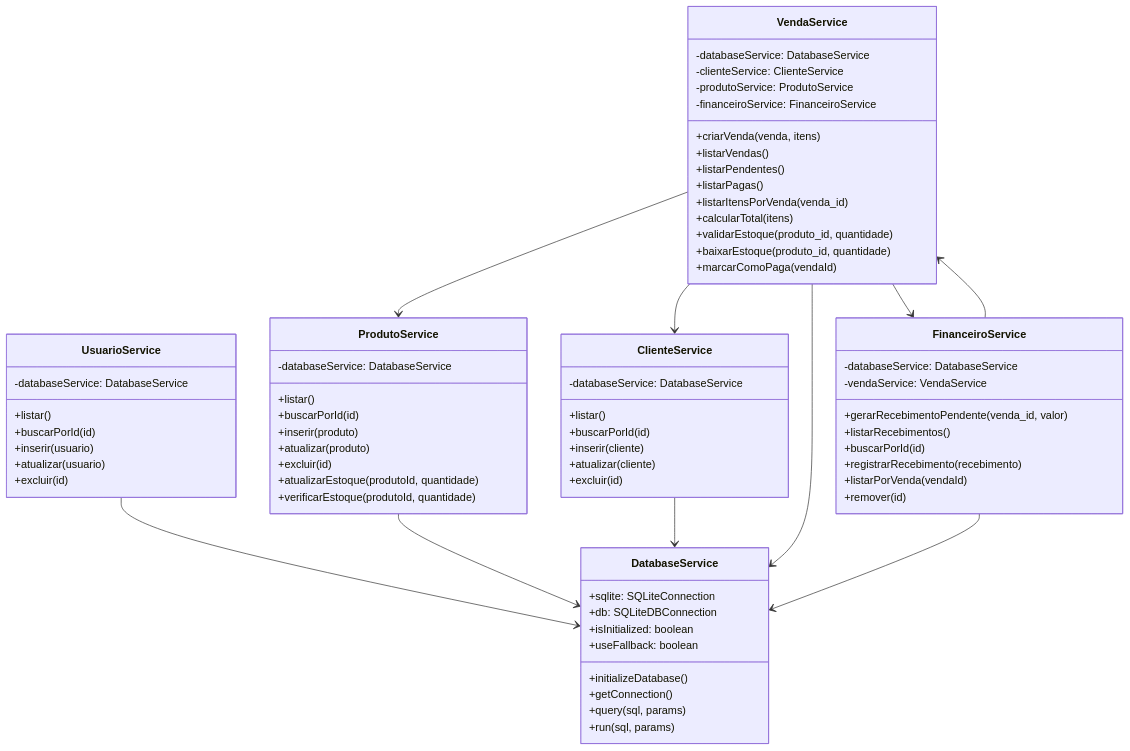
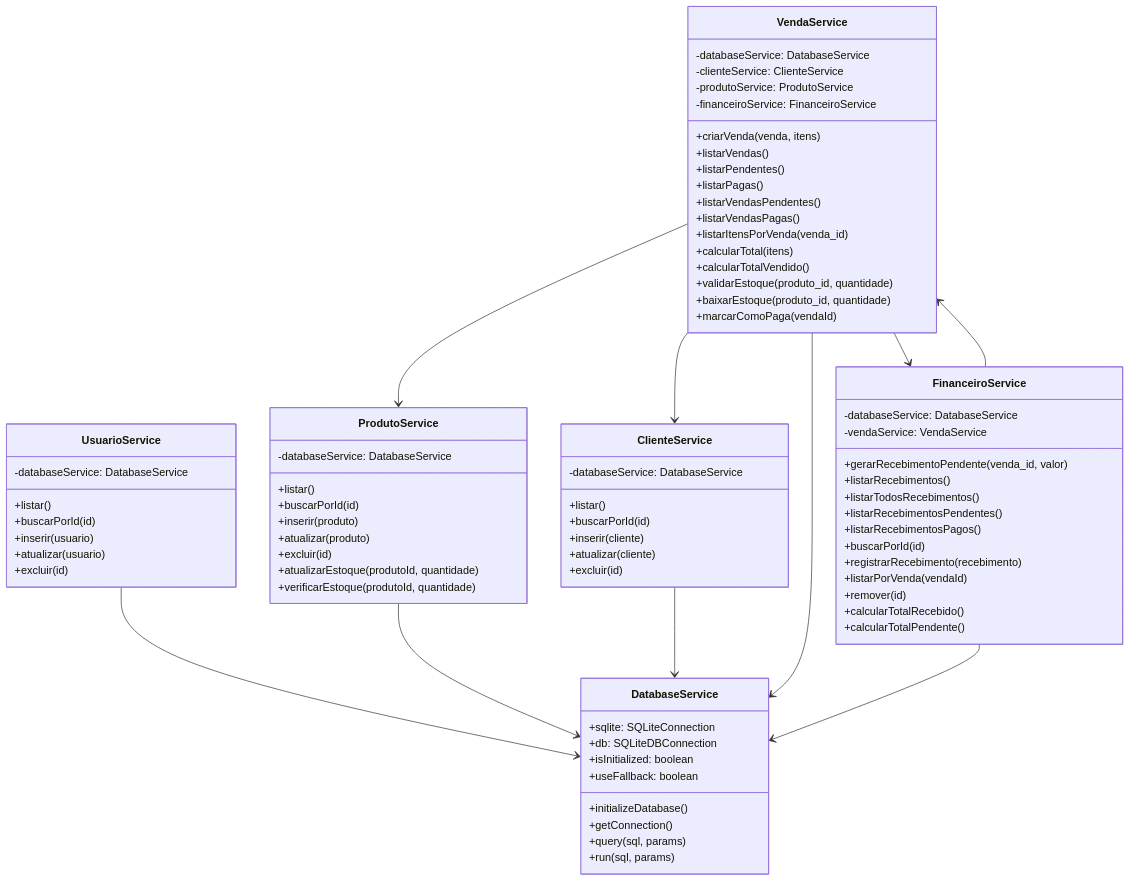
Before and after one commit to EduardoHenrrykSimonato/sistema-gestao-comercial: the fourth of 7 diagrams in documentacao/DIAGRAMAS.md, drawn with Mermaid. The commit also changed other lines of this file and 11 other files, not shown here.

```diff
--- a/documentacao/DIAGRAMAS.md
+++ b/documentacao/DIAGRAMAS.md
@@ -152,8 +152,11 @@
         +listarVendas()
         +listarPendentes()
         +listarPagas()
+        +listarVendasPendentes()
+        +listarVendasPagas()
         +listarItensPorVenda(venda_id)
         +calcularTotal(itens)
+        +calcularTotalVendido()
         +validarEstoque(produto_id, quantidade)
         +baixarEstoque(produto_id, quantidade)
         +marcarComoPaga(vendaId)
@@ -164,10 +167,15 @@
         -vendaService: VendaService
         +gerarRecebimentoPendente(venda_id, valor)
         +listarRecebimentos()
+        +listarTodosRecebimentos()
+        +listarRecebimentosPendentes()
+        +listarRecebimentosPagos()
         +buscarPorId(id)
         +registrarRecebimento(recebimento)
         +listarPorVenda(vendaId)
         +remover(id)
+        +calcularTotalRecebido()
+        +calcularTotalPendente()
     }
 
     UsuarioService --> DatabaseService
```
